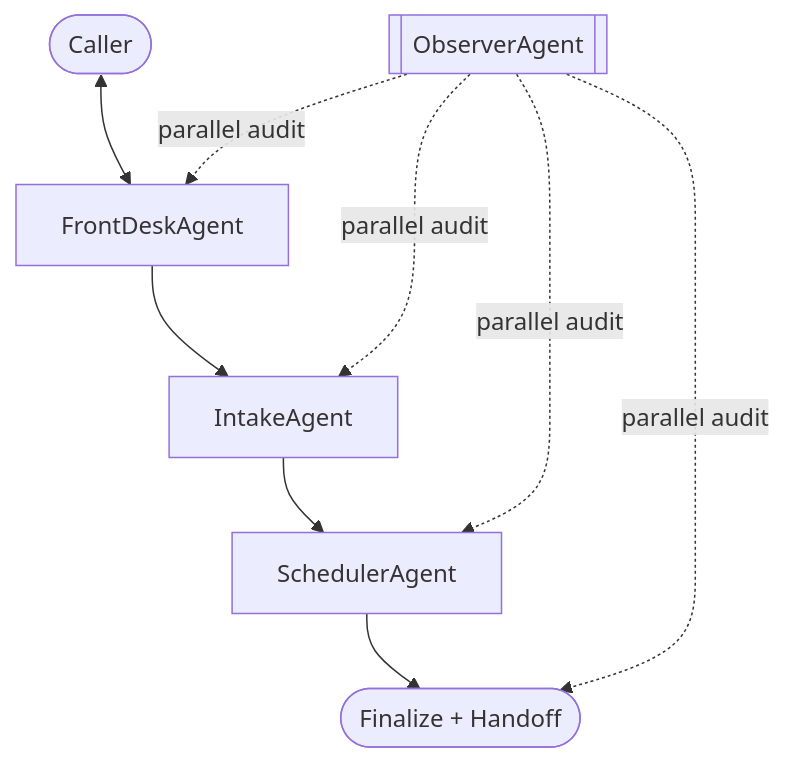
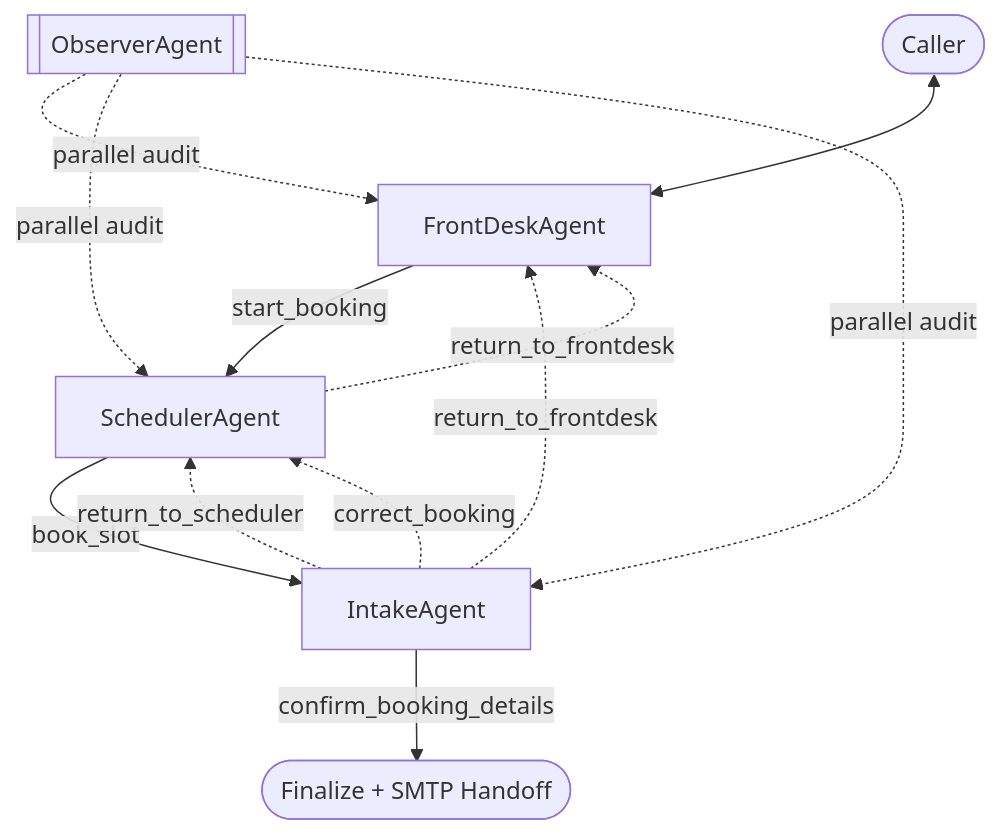
Before and after one commit to AnsImran/voice_agent: the first of 3 diagrams in README.md, drawn with Mermaid. The commit also changed other lines of this file, not shown here.

First line of the commit message:
Rewrite README for current architecture + add plain-language diagrams

````diff
--- a/README.md
+++ b/README.md
@@ -19,12 +25,16 @@
 ```mermaid
 graph TD
     User([Caller]) <--> FD[FrontDeskAgent]
-    FD --> IN[IntakeAgent]
-    IN --> SC[SchedulerAgent]
-    SC --> END([Finalize + Handoff])
+    FD -- start_booking --> SC[SchedulerAgent]
+    SC -- book_slot --> IN[IntakeAgent]
+    IN -- confirm_booking_details --> END([Finalize + SMTP Handoff])
+
+    SC -. return_to_frontdesk .-> FD
+    IN -. return_to_scheduler .-> SC
+    IN -. return_to_frontdesk .-> FD
+    IN -. correct_booking .-> SC
 
     OB[[ObserverAgent]] -. parallel audit .-> FD
+    OB -. parallel audit .-> SC
     OB -. parallel audit .-> IN
-    OB -. parallel audit .-> SC
-    OB -. parallel audit .-> END
 ```
````
